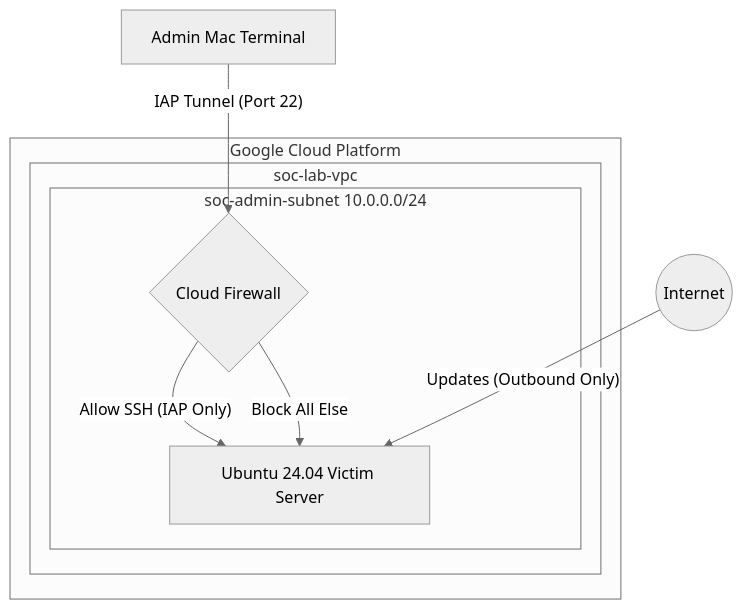
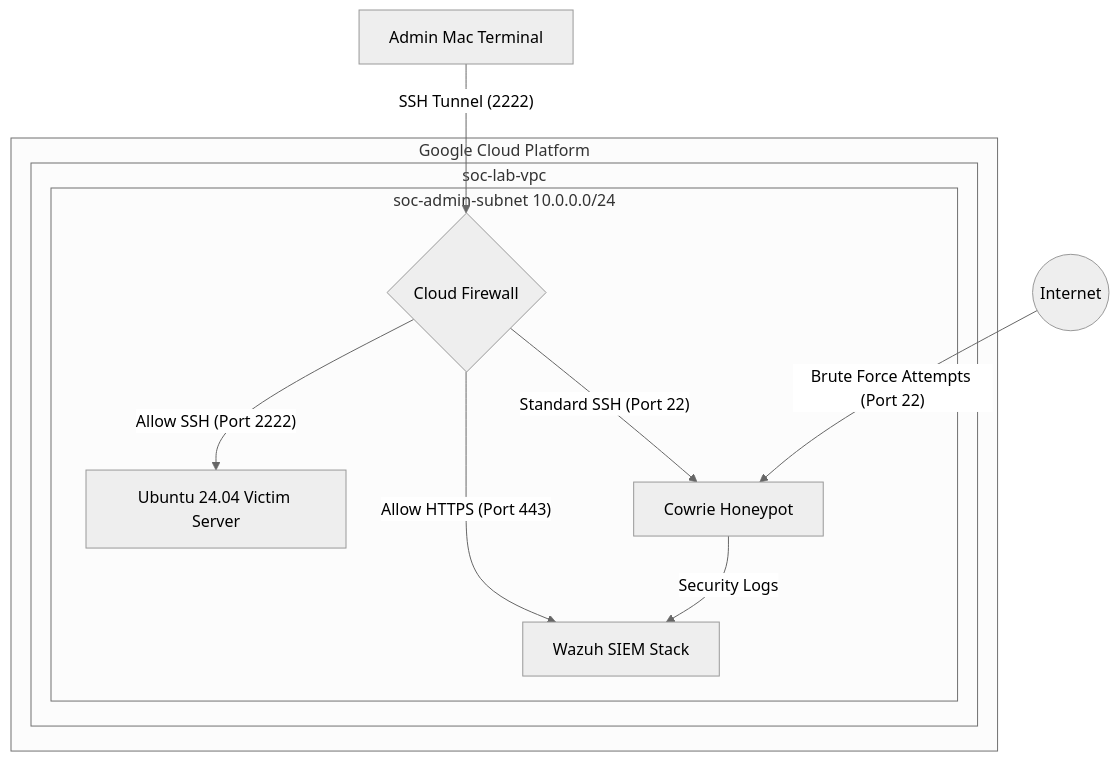
One commit to HenryEmeh/SOC-Home-Lab changed the diagram in README.md. Above: the diagram before and after it, drawn with Mermaid (neutral theme). The commit also changed other lines of this file, not shown here.

First line of the commit message:
Revise README with project updates and tech stack

````diff
--- a/README.md
+++ b/README.md
@@ -14,17 +14,21 @@
 ```mermaid
 graph TD
     subgraph GCP [Google Cloud Platform]
         subgraph VPC [soc-lab-vpc]
             subgraph Subnet [soc-admin-subnet 10.0.0.0/24]
                 Firewall{Cloud Firewall}
                 Victim[Ubuntu 24.04 Victim Server]
+                Wazuh[Wazuh SIEM Stack]
+                Cowrie[Cowrie Honeypot]
                 
-                Firewall -- Allow SSH (IAP Only) --> Victim
-                Firewall -- Block All Else --> Victim
+                Firewall -- "Allow SSH (Port 2222)" --> Victim
+                Firewall -- "Allow HTTPS (Port 443)" --> Wazuh
+                Firewall -- "Standard SSH (Port 22)" --> Cowrie
             end
         end
     end
     
-    User[Admin Mac Terminal] -- IAP Tunnel (Port 22) --> Firewall
-    Internet((Internet)) -- Updates (Outbound Only) --> Victim
+    User[Admin Mac Terminal] -- "SSH Tunnel (2222)" --> Firewall
+    Internet((Internet)) -- "Brute Force Attempts (Port 22)" --> Cowrie
+    Cowrie -- "Security Logs" --> Wazuh
 ```
````
